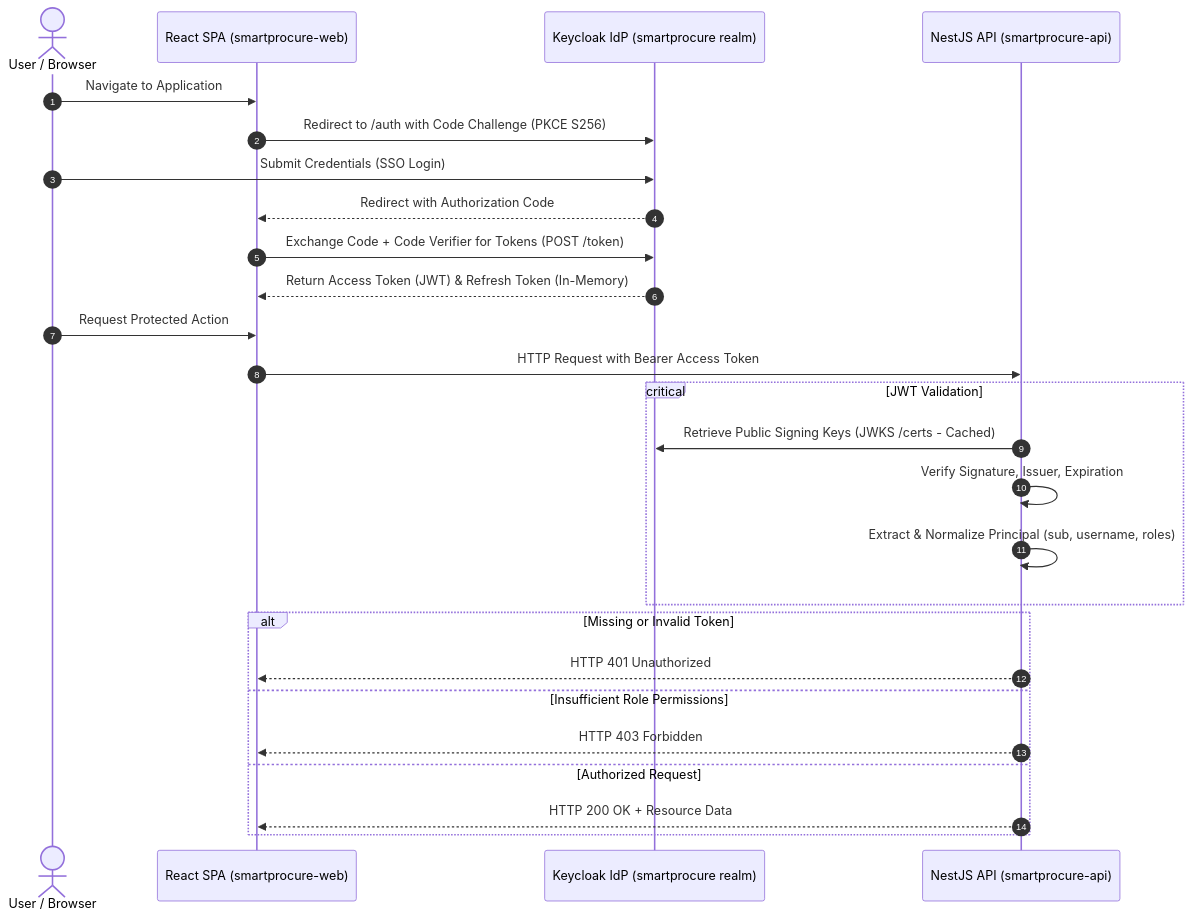
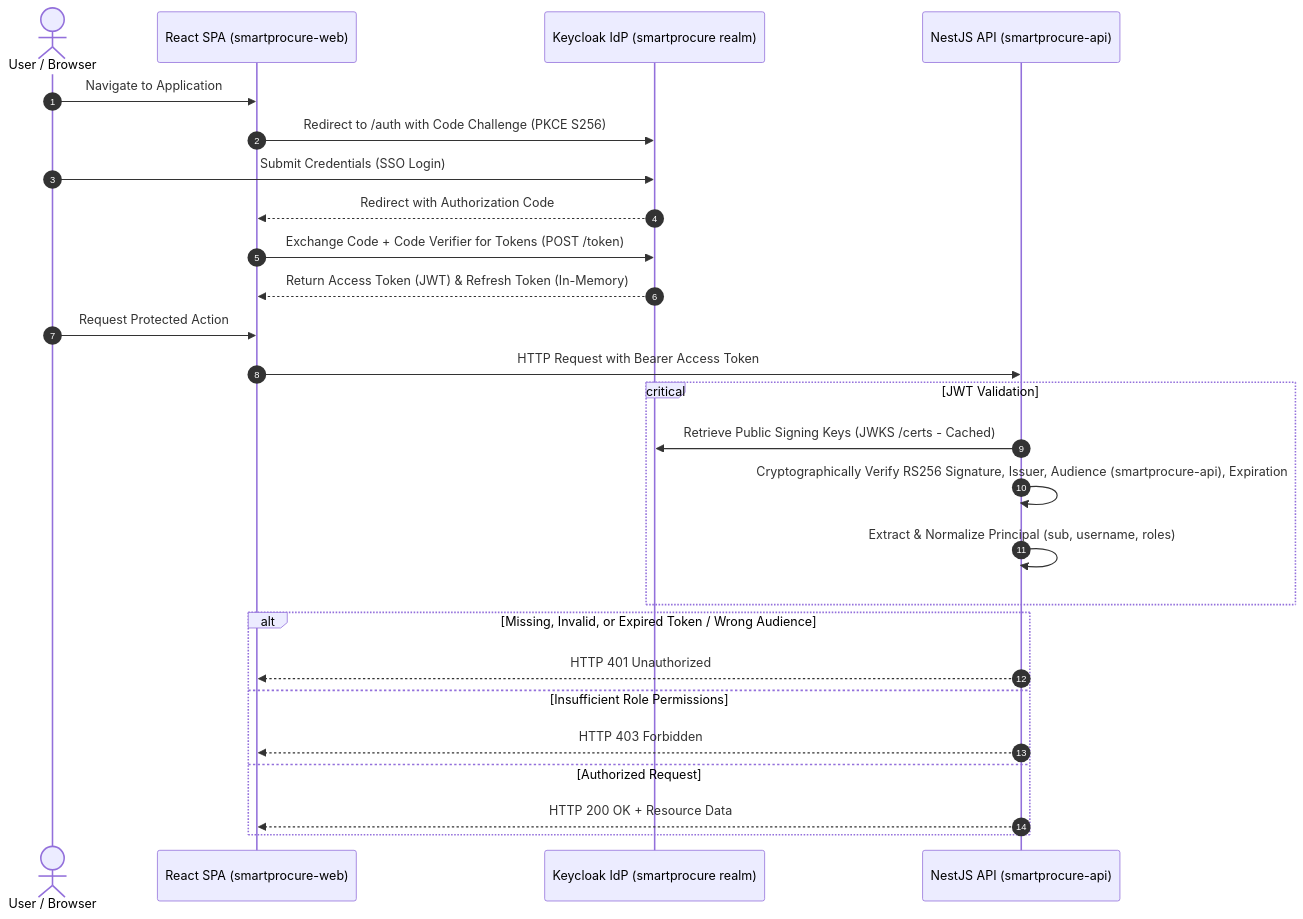
One commit to hieunofun/AI-Powered-DX-OS changed the diagram in docs/security/IDENTITY_AND_RBAC.md. Above: the diagram before and after it, drawn with Mermaid. The commit also changed other lines of this file and 1 other file, not shown here.

````diff
--- a/docs/security/IDENTITY_AND_RBAC.md
+++ b/docs/security/IDENTITY_AND_RBAC.md
@@ -16,30 +16,30 @@
 ```mermaid
 sequenceDiagram
     autonumber
     actor User as User / Browser
     participant Web as React SPA (smartprocure-web)
     participant Keycloak as Keycloak IdP (smartprocure realm)
     participant API as NestJS API (smartprocure-api)
 
     User->>Web: Navigate to Application
     Web->>Keycloak: Redirect to /auth with Code Challenge (PKCE S256)
     User->>Keycloak: Submit Credentials (SSO Login)
     Keycloak-->>Web: Redirect with Authorization Code
     Web->>Keycloak: Exchange Code + Code Verifier for Tokens (POST /token)
     Keycloak-->>Web: Return Access Token (JWT) & Refresh Token (In-Memory)
     
     User->>Web: Request Protected Action
     Web->>API: HTTP Request with Bearer Access Token
     critical JWT Validation
         API->>Keycloak: Retrieve Public Signing Keys (JWKS /certs - Cached)
-        API->>API: Verify Signature, Issuer, Expiration
+        API->>API: Cryptographically Verify RS256 Signature, Issuer, Audience (smartprocure-api), Expiration
         API->>API: Extract & Normalize Principal (sub, username, roles)
     end
-    alt Missing or Invalid Token
+    alt Missing, Invalid, or Expired Token / Wrong Audience
         API-->>Web: HTTP 401 Unauthorized
     else Insufficient Role Permissions
         API-->>Web: HTTP 403 Forbidden
     else Authorized Request
         API-->>Web: HTTP 200 OK + Resource Data
     end
 ```
````
